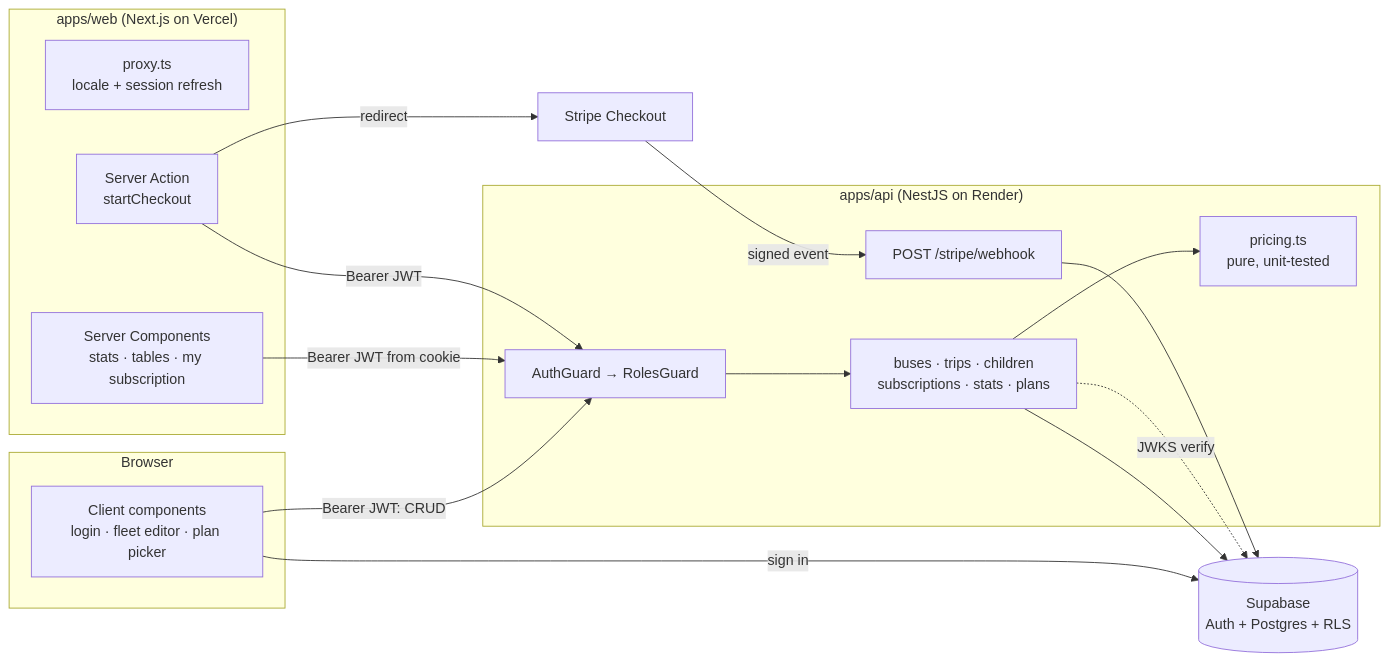
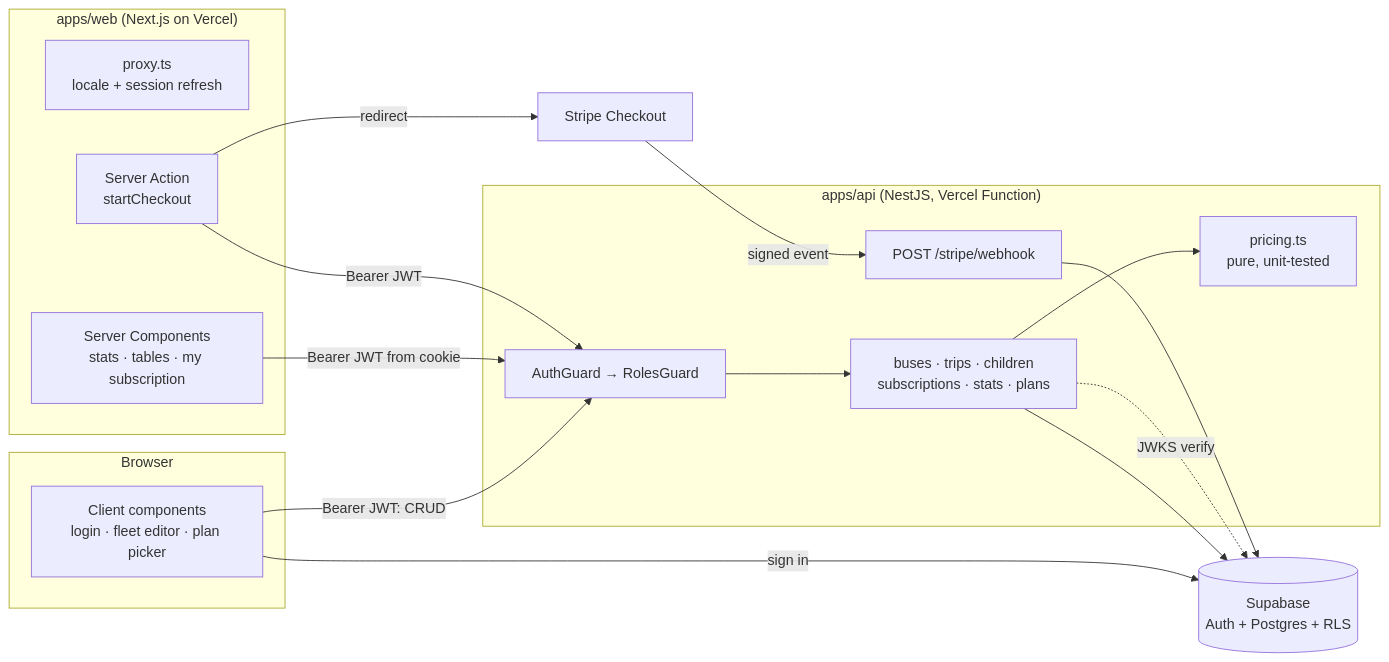
The diagram in README.md (SayedEsmail/fleet-billing), drawn with Mermaid before and after one commit. The commit also changed other lines of this file and 5 other files, not shown here.

First line of the commit message:
Deploy API as a Vercel Function; drop Render

````diff
--- a/README.md
+++ b/README.md
@@ -25,29 +25,29 @@
 ```mermaid
 flowchart LR
   subgraph Browser
     UI[Client components<br/>login · fleet editor · plan picker]
   end
   subgraph Web["apps/web (Next.js on Vercel)"]
     P[proxy.ts<br/>locale + session refresh]
     RSC[Server Components<br/>stats · tables · my subscription]
     SA[Server Action<br/>startCheckout]
   end
-  subgraph API["apps/api (NestJS on Render)"]
+  subgraph API["apps/api (NestJS, Vercel Function)"]
     G[AuthGuard → RolesGuard]
     M[buses · trips · children<br/>subscriptions · stats · plans]
     W[POST /stripe/webhook]
     PR[pricing.ts<br/>pure, unit-tested]
   end
   SB[(Supabase<br/>Auth + Postgres + RLS)]
   ST[Stripe Checkout]
 
   UI -- sign in --> SB
   UI -- Bearer JWT: CRUD --> G
   RSC -- Bearer JWT from cookie --> G
   SA -- Bearer JWT --> G
   G --> M --> SB
   M -. JWKS verify .-> SB
   M --> PR
   SA -- redirect --> ST
   ST -- signed event --> W --> SB
 ```
````
